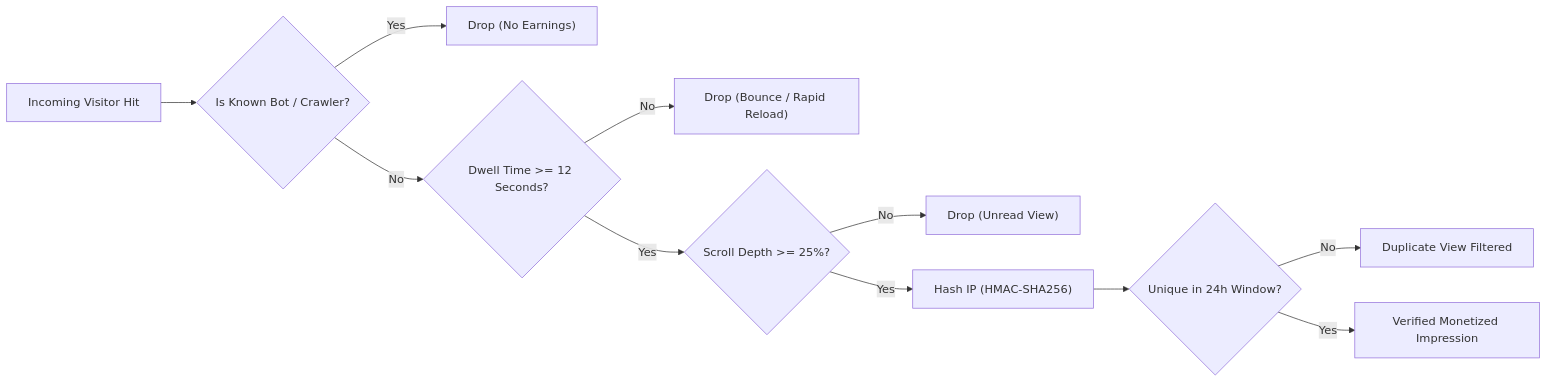
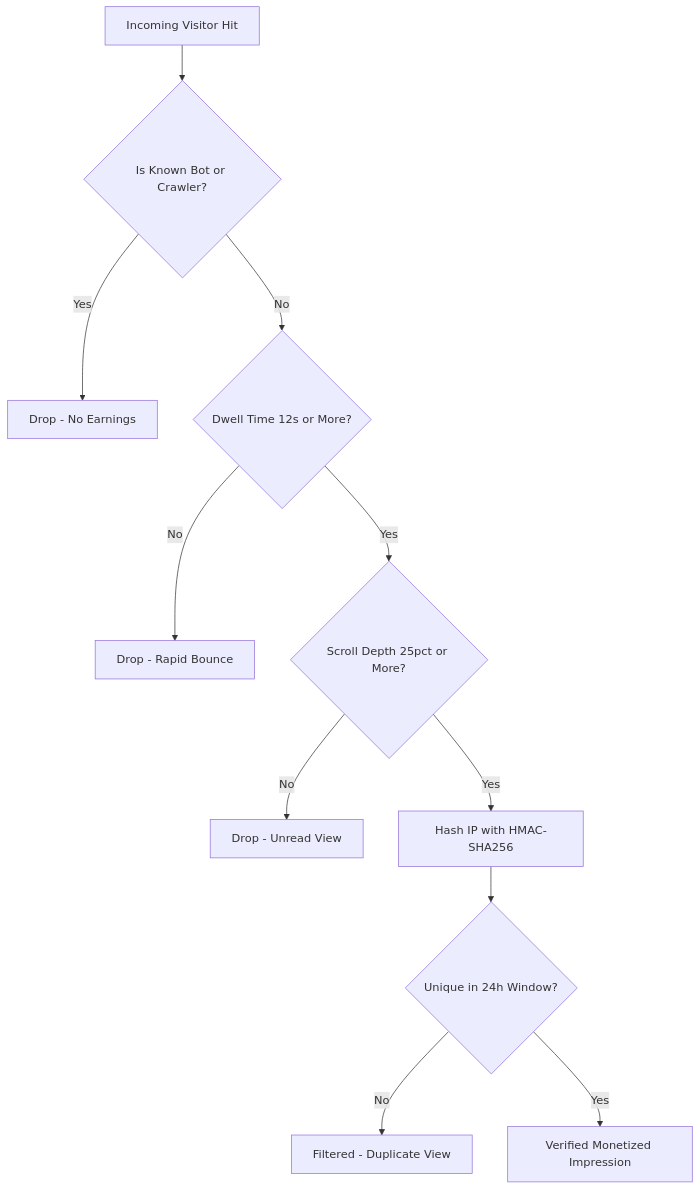
One commit to shajibsikder/jagatbarta-platform changed the diagram in docs/EARNING-SYSTEM.md. Above: the diagram before and after it, drawn with Mermaid. The commit also changed other lines of this file and 4 other files, not shown here.

Commit message:
docs: streamline README and architecture diagram with minimalist, robust GitHub Mermaid formatting

````diff
--- a/docs/EARNING-SYSTEM.md
+++ b/docs/EARNING-SYSTEM.md
@@ -27,13 +27,13 @@
 ```mermaid
-flowchart LR
-    A["Incoming Visitor Hit"] --> B{"Is Known Bot / Crawler?"}
-    B -- Yes --> R1["Drop (No Earnings)"]
-    B -- No --> C{"Dwell Time >= 12 Seconds?"}
-    C -- No --> R2["Drop (Bounce / Rapid Reload)"]
-    C -- Yes --> D{"Scroll Depth >= 25%?"}
-    D -- No --> R3["Drop (Unread View)"]
-    D -- Yes --> E["Hash IP (HMAC-SHA256)"]
-    E --> F{"Unique in 24h Window?"}
-    F -- No --> R4["Duplicate View Filtered"]
-    F -- Yes --> G["Verified Monetized Impression"]
+graph TD
+    A[Incoming Visitor Hit] --> B{Is Known Bot or Crawler?}
+    B -- Yes --> R1[Drop - No Earnings]
+    B -- No --> C{Dwell Time 12s or More?}
+    C -- No --> R2[Drop - Rapid Bounce]
+    C -- Yes --> D{Scroll Depth 25pct or More?}
+    D -- No --> R3[Drop - Unread View]
+    D -- Yes --> E[Hash IP with HMAC-SHA256]
+    E --> F{Unique in 24h Window?}
+    F -- No --> R4[Filtered - Duplicate View]
+    F -- Yes --> G[Verified Monetized Impression]
 ```
````
